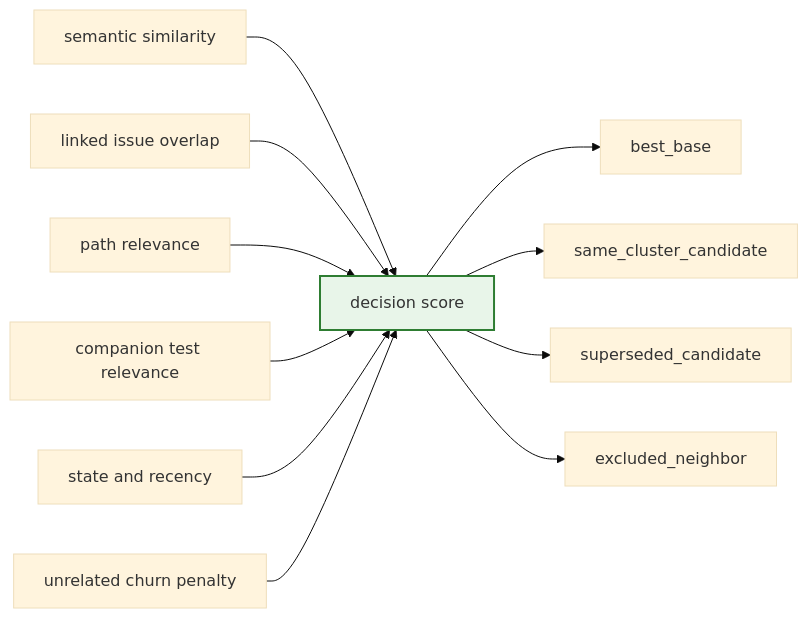
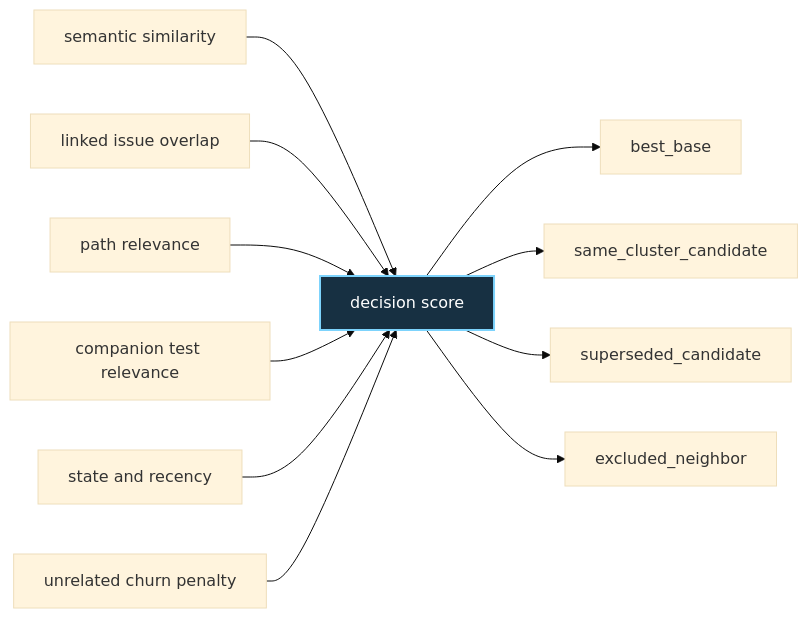
The fourth of 6 diagrams in docs/designs/maintainer-decision-layer.md (pwrdrvr/ghcrawl), drawn with Mermaid (base theme) before and after one commit. The commit also changed other lines of this file and 1 other file, not shown here.

Commit message:
docs: clarify roadmap boundaries and diagram contrast

````diff
--- a/docs/designs/maintainer-decision-layer.md
+++ b/docs/designs/maintainer-decision-layer.md
@@ -162,23 +162,23 @@
 ```mermaid
 flowchart LR
     A[semantic similarity]
     B[linked issue overlap]
     C[path relevance]
     D[companion test relevance]
     E[state and recency]
     F[unrelated churn penalty]
 
     A --> G[decision score]
     B --> G
     C --> G
     D --> G
     E --> G
     F --> G
 
     G --> H[best_base]
     G --> I[same_cluster_candidate]
     G --> J[superseded_candidate]
     G --> K[excluded_neighbor]
 
-    style G fill:#e8f5e9,stroke:#2e7d32,stroke-width:2px
+    style G fill:#173042,stroke:#7dd3fc,stroke-width:2px,color:#ffffff
 ```
````
